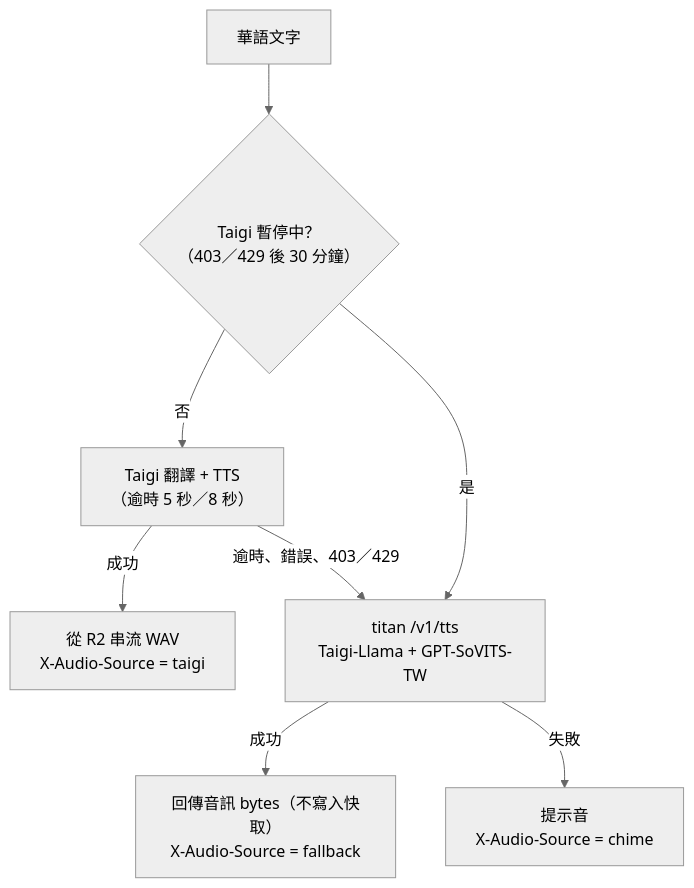
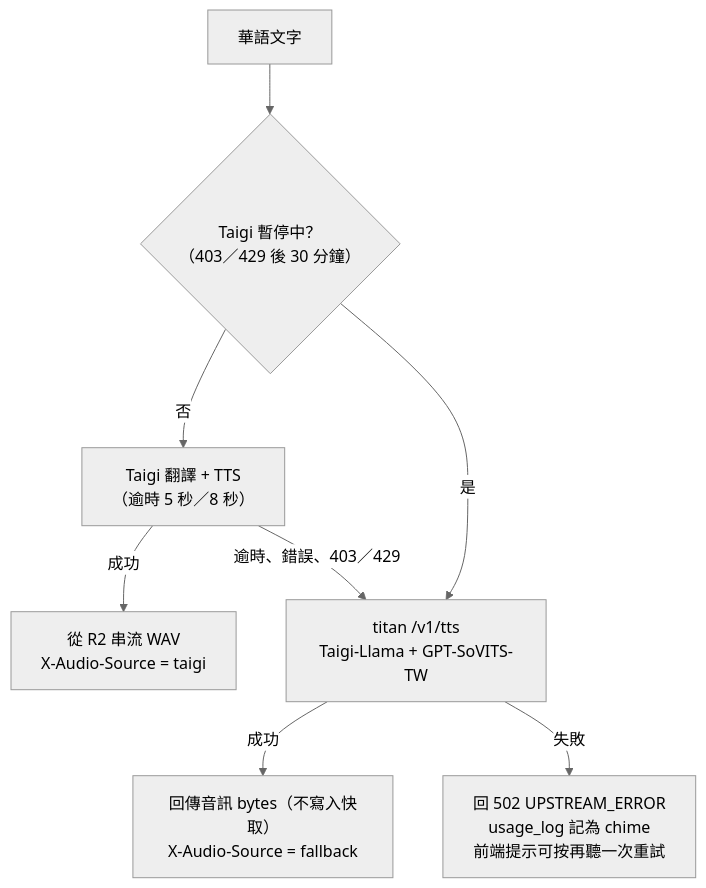
Before and after one commit to HsuChen88/ama-and-nurse: the fourth of 4 diagrams in README.md, drawn with Mermaid (neutral theme). The commit also changed 1 other file, not shown here.

Commit message:
docs: describe speech failure as UPSTREAM_ERROR

````diff
--- a/README.md
+++ b/README.md
@@ -150,10 +150,10 @@
 ```mermaid
 flowchart TD
     Start["華語文字"] --> Paused{"Taigi 暫停中？<br/>（403／429 後 30 分鐘）"}
     Paused -- 否 --> Taigi["Taigi 翻譯 + TTS<br/>（逾時 5 秒／8 秒）"]
     Taigi -- 成功 --> Cached["從 R2 串流 WAV<br/>X-Audio-Source = taigi"]
     Taigi -- "逾時、錯誤、403／429" --> Fallback
     Paused -- 是 --> Fallback["titan /v1/tts<br/>Taigi-Llama + GPT-SoVITS-TW"]
     Fallback -- 成功 --> Inline["回傳音訊 bytes（不寫入快取）<br/>X-Audio-Source = fallback"]
-    Fallback -- 失敗 --> Chime["提示音<br/>X-Audio-Source = chime"]
+    Fallback -- 失敗 --> Chime["回 502 UPSTREAM_ERROR<br/>usage_log 記為 chime<br/>前端提示可按再聽一次重試"]
 ```
````
